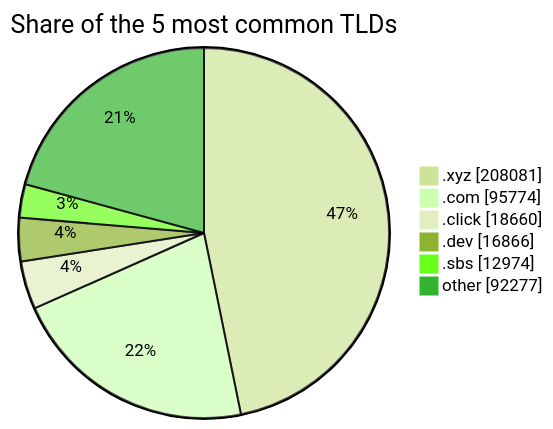
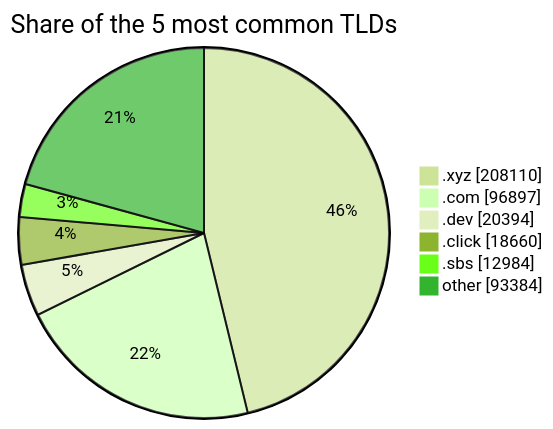
One commit to DNSBunker/CTI changed the second of 2 diagrams in README.md. Above: the diagram before and after it, drawn with Mermaid (forest theme). The commit also changed other lines of this file and 3 other files, not shown here.

````diff
--- a/README.md
+++ b/README.md
@@ -72,9 +72,9 @@
 ```mermaid
 pie showData title Share of the 5 most common TLDs
-    ".xyz" : 208081
-    ".com" : 95774
+    ".xyz" : 208110
+    ".com" : 96897
+    ".dev" : 20394
     ".click" : 18660
-    ".dev" : 16866
-    ".sbs" : 12974
-    "other" : 92277
+    ".sbs" : 12984
+    "other" : 93384
 ```
````
